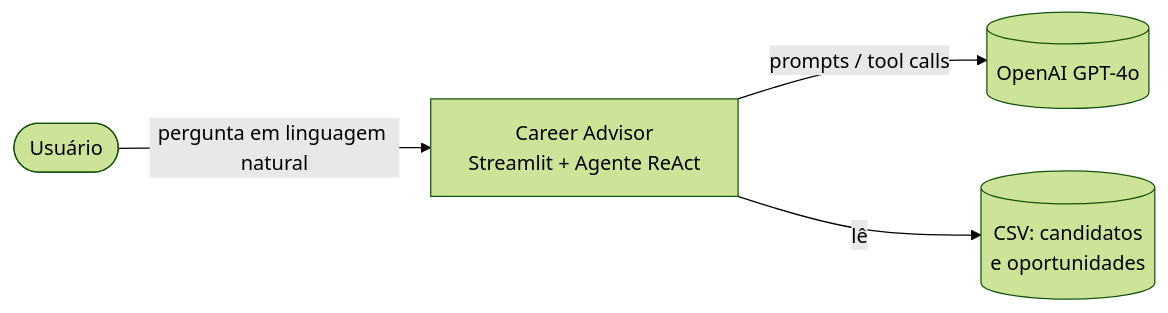
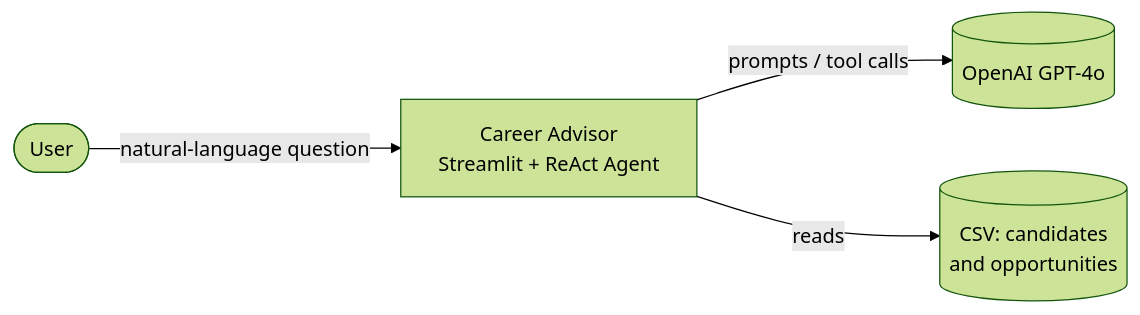
The first of 3 diagrams in readme.md (dgmodesto/career-advisor-multi-agent), drawn with Mermaid (forest theme) before and after one commit. The commit also changed other lines of this file, not shown here.

````diff
--- a/readme.md
+++ b/readme.md
@@ -11,6 +11,6 @@
 ```mermaid
 flowchart LR
-    U([Usuário]) -->|pergunta em linguagem natural| APP[Career Advisor<br/>Streamlit + Agente ReAct]
+    U([User]) -->|natural-language question| APP[Career Advisor<br/>Streamlit + ReAct Agent]
     APP -->|prompts / tool calls| LLM[(OpenAI GPT-4o)]
-    APP -->|lê| CSV[(CSV: candidatos<br/>e oportunidades)]
+    APP -->|reads| CSV[(CSV: candidates<br/>and opportunities)]
 ```
````
